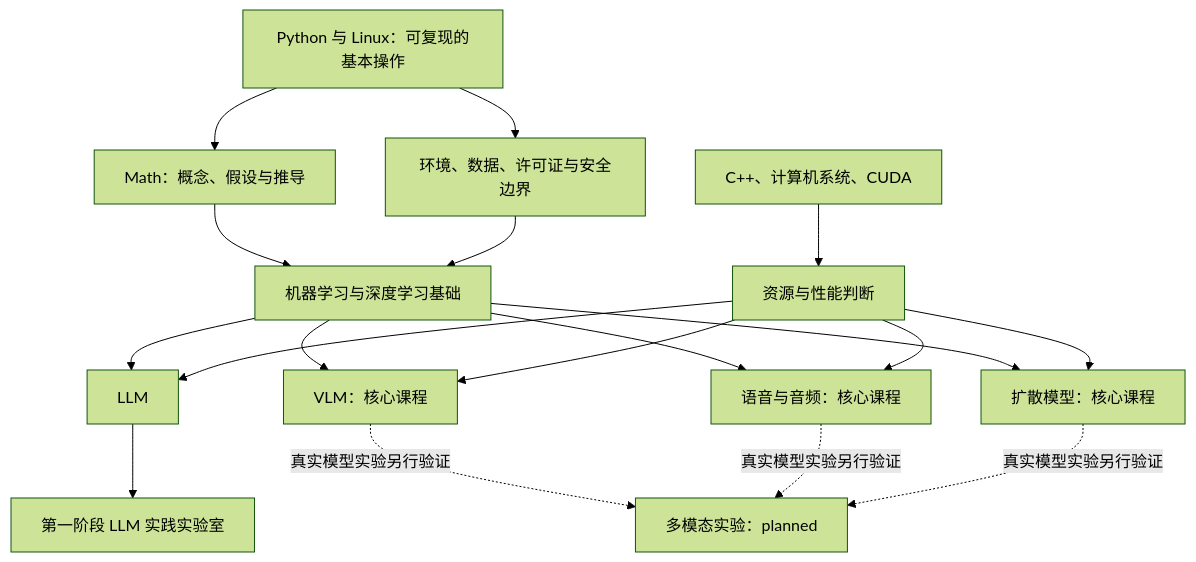
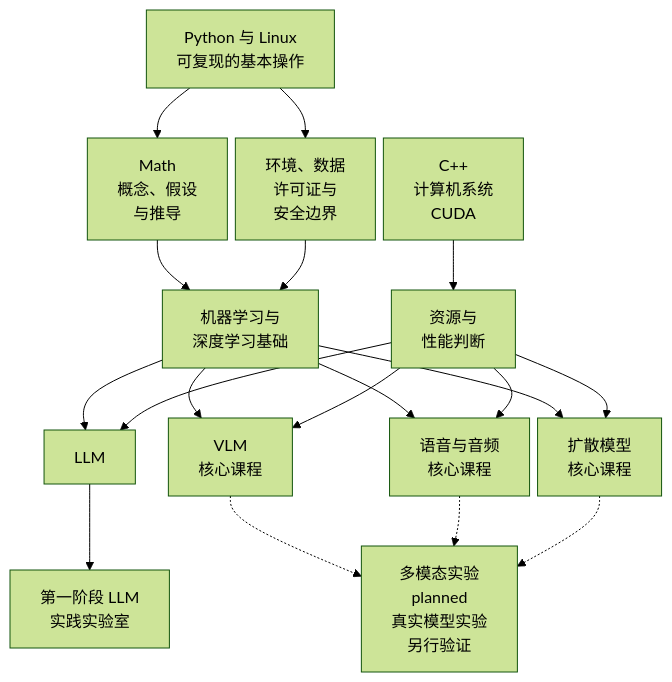
The diagram in AI/00-开始/00-AI-首页.md (EunsonZ/WWL), drawn with Mermaid (forest theme) before and after one commit. The commit also changed other lines of this file and 252 other files, not shown here.

````diff
--- a/AI/00-开始/00-AI-首页.md
+++ b/AI/00-开始/00-AI-首页.md
@@ -61,20 +61,21 @@
 ```mermaid
+%%{init: { "flowchart": { "nodeSpacing": 8, "useMaxWidth": true } } }%%
 flowchart TB
-    P[Python 与 Linux：可复现的基本操作] --> M[Math：概念、假设与推导]
-    M --> ML[机器学习与深度学习基础]
-    P --> E[环境、数据、许可证与安全边界]
+    P["Python 与 Linux<br/>可复现的基本操作"] --> M["Math<br/>概念、假设<br/>与推导"]
+    M --> ML["机器学习与<br/>深度学习基础"]
+    P --> E["环境、数据<br/>许可证与<br/>安全边界"]
     E --> ML
     ML --> LLM[LLM]
-    ML --> VLM[VLM：核心课程]
-    ML --> AUD[语音与音频：核心课程]
-    ML --> DIF[扩散模型：核心课程]
-    CS[C++、计算机系统、CUDA] --> HW[资源与性能判断]
+    ML --> VLM["VLM<br/>核心课程"]
+    ML --> AUD["语音与音频<br/>核心课程"]
+    ML --> DIF["扩散模型<br/>核心课程"]
+    CS["C++<br/>计算机系统<br/>CUDA"] --> HW["资源与<br/>性能判断"]
     HW --> LLM
     HW --> VLM
     HW --> AUD
     HW --> DIF
-    LLM --> LAB[第一阶段 LLM 实践实验室]
-    VLM -. 真实模型实验另行验证 .-> P2[多模态实验：planned]
-    AUD -. 真实模型实验另行验证 .-> P2
-    DIF -. 真实模型实验另行验证 .-> P2
+    LLM --> LAB["第一阶段 LLM<br/>实践实验室"]
+    VLM -.-> P2["多模态实验<br/>planned<br/>真实模型实验<br/>另行验证"]
+    AUD -.-> P2
+    DIF -.-> P2
 ```
````
